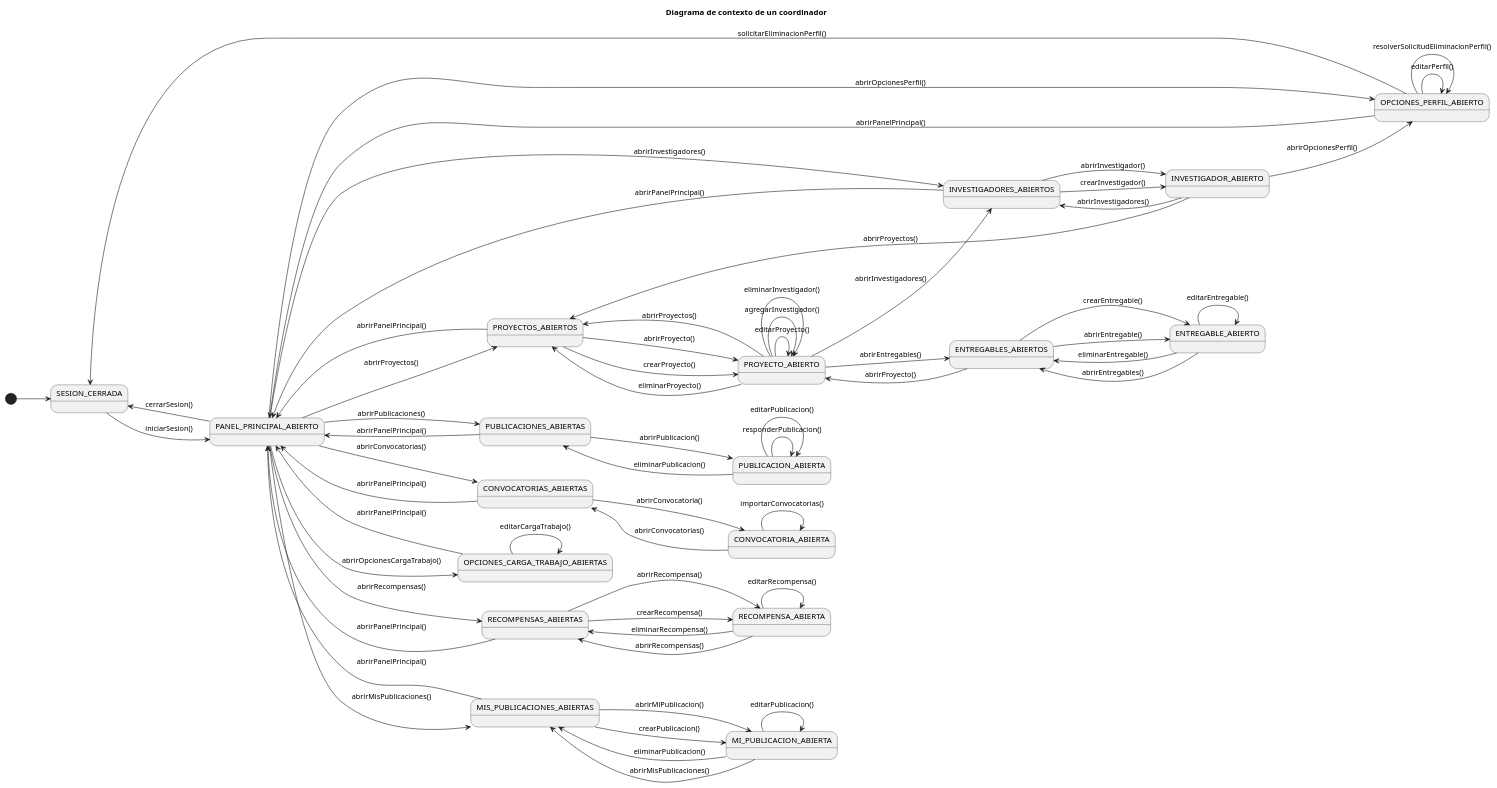
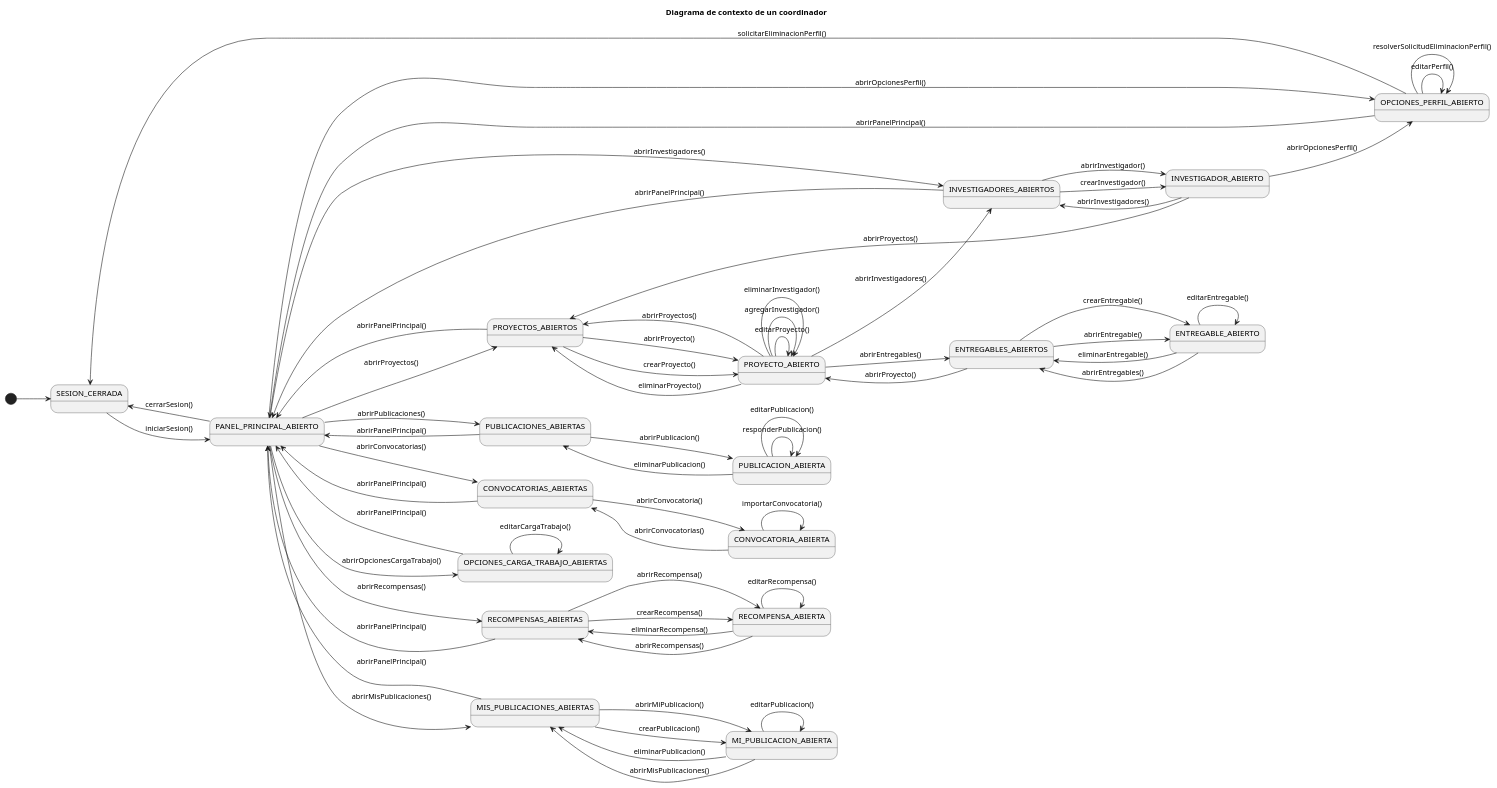
The diagram in documentación/CasosDeUso/Diagramas/DiagramaContextoCoordinador.puml (31Diego/25-26-IdSw1-SdR), drawn with PlantUML before and after one commit. The commit also changed 1 other file, not shown here.

```diff
--- a/documentación/CasosDeUso/Diagramas/DiagramaContextoCoordinador.puml
+++ b/documentación/CasosDeUso/Diagramas/DiagramaContextoCoordinador.puml
@@ -1,80 +1,80 @@
 @startuml DiagramaContextoCoordinador
 
 title Diagrama de contexto de un coordinador
 
 left to right direction
 
 [*] --> SESION_CERRADA
 SESION_CERRADA --> PANEL_PRINCIPAL_ABIERTO: iniciarSesion()
 PANEL_PRINCIPAL_ABIERTO --> SESION_CERRADA: cerrarSesion()
 
 PANEL_PRINCIPAL_ABIERTO --> OPCIONES_PERFIL_ABIERTO: abrirOpcionesPerfil()
 PANEL_PRINCIPAL_ABIERTO --> OPCIONES_CARGA_TRABAJO_ABIERTAS: abrirOpcionesCargaTrabajo()
 PANEL_PRINCIPAL_ABIERTO --> PROYECTOS_ABIERTOS: abrirProyectos()
 PANEL_PRINCIPAL_ABIERTO --> INVESTIGADORES_ABIERTOS: abrirInvestigadores()
 PANEL_PRINCIPAL_ABIERTO --> MIS_PUBLICACIONES_ABIERTAS: abrirMisPublicaciones()
 PANEL_PRINCIPAL_ABIERTO --> PUBLICACIONES_ABIERTAS: abrirPublicaciones()
 PANEL_PRINCIPAL_ABIERTO --> CONVOCATORIAS_ABIERTAS: abrirConvocatorias()
 PANEL_PRINCIPAL_ABIERTO --> RECOMPENSAS_ABIERTAS: abrirRecompensas()
 
 PUBLICACIONES_ABIERTAS --> PUBLICACION_ABIERTA: abrirPublicacion()
 PUBLICACION_ABIERTA --> PUBLICACION_ABIERTA: responderPublicacion()
 PUBLICACION_ABIERTA --> PUBLICACION_ABIERTA: editarPublicacion()
 PUBLICACION_ABIERTA --> PUBLICACIONES_ABIERTAS: eliminarPublicacion()
 PUBLICACIONES_ABIERTAS --> PANEL_PRINCIPAL_ABIERTO: abrirPanelPrincipal()
 
 MIS_PUBLICACIONES_ABIERTAS --> MI_PUBLICACION_ABIERTA: abrirMiPublicacion()
 MIS_PUBLICACIONES_ABIERTAS --> MI_PUBLICACION_ABIERTA: crearPublicacion()
 MI_PUBLICACION_ABIERTA --> MI_PUBLICACION_ABIERTA: editarPublicacion()
 MI_PUBLICACION_ABIERTA --> MIS_PUBLICACIONES_ABIERTAS: eliminarPublicacion()
 MIS_PUBLICACIONES_ABIERTAS --> PANEL_PRINCIPAL_ABIERTO: abrirPanelPrincipal()
 MI_PUBLICACION_ABIERTA --> MIS_PUBLICACIONES_ABIERTAS: abrirMisPublicaciones()
 
 OPCIONES_PERFIL_ABIERTO --> OPCIONES_PERFIL_ABIERTO: editarPerfil()
 OPCIONES_PERFIL_ABIERTO --> OPCIONES_PERFIL_ABIERTO: resolverSolicitudEliminacionPerfil()
 OPCIONES_PERFIL_ABIERTO --> SESION_CERRADA: solicitarEliminacionPerfil()
 OPCIONES_PERFIL_ABIERTO --> PANEL_PRINCIPAL_ABIERTO: abrirPanelPrincipal()
 
 OPCIONES_CARGA_TRABAJO_ABIERTAS --> OPCIONES_CARGA_TRABAJO_ABIERTAS: editarCargaTrabajo()
 OPCIONES_CARGA_TRABAJO_ABIERTAS --> PANEL_PRINCIPAL_ABIERTO: abrirPanelPrincipal()
 
 CONVOCATORIAS_ABIERTAS --> CONVOCATORIA_ABIERTA: abrirConvocatoria()
 CONVOCATORIA_ABIERTA --> CONVOCATORIAS_ABIERTAS: abrirConvocatorias()
 CONVOCATORIAS_ABIERTAS --> PANEL_PRINCIPAL_ABIERTO: abrirPanelPrincipal()
-CONVOCATORIA_ABIERTA --> CONVOCATORIA_ABIERTA: importarConvocatorias()
+CONVOCATORIA_ABIERTA --> CONVOCATORIA_ABIERTA: importarConvocatoria()
 
 RECOMPENSAS_ABIERTAS --> RECOMPENSA_ABIERTA: abrirRecompensa()
 RECOMPENSAS_ABIERTAS --> RECOMPENSA_ABIERTA: crearRecompensa()
 RECOMPENSA_ABIERTA --> RECOMPENSA_ABIERTA: editarRecompensa()
 RECOMPENSA_ABIERTA --> RECOMPENSAS_ABIERTAS: eliminarRecompensa()
 RECOMPENSA_ABIERTA --> RECOMPENSAS_ABIERTAS: abrirRecompensas()
 RECOMPENSAS_ABIERTAS --> PANEL_PRINCIPAL_ABIERTO: abrirPanelPrincipal()
 
 PROYECTOS_ABIERTOS --> PROYECTO_ABIERTO: abrirProyecto()
 PROYECTOS_ABIERTOS --> PROYECTO_ABIERTO: crearProyecto()
 PROYECTO_ABIERTO --> PROYECTO_ABIERTO: editarProyecto()
 PROYECTO_ABIERTO --> PROYECTOS_ABIERTOS: eliminarProyecto()
 PROYECTO_ABIERTO --> PROYECTO_ABIERTO: agregarInvestigador()
 PROYECTO_ABIERTO --> PROYECTO_ABIERTO: eliminarInvestigador()
 PROYECTO_ABIERTO --> ENTREGABLES_ABIERTOS: abrirEntregables()
 ENTREGABLES_ABIERTOS --> ENTREGABLE_ABIERTO: crearEntregable()
 PROYECTO_ABIERTO --> INVESTIGADORES_ABIERTOS: abrirInvestigadores()
 PROYECTO_ABIERTO --> PROYECTOS_ABIERTOS: abrirProyectos()
 PROYECTOS_ABIERTOS --> PANEL_PRINCIPAL_ABIERTO: abrirPanelPrincipal()
 
 ENTREGABLE_ABIERTO --> ENTREGABLE_ABIERTO: editarEntregable()
 ENTREGABLES_ABIERTOS --> ENTREGABLE_ABIERTO: abrirEntregable()
 ENTREGABLE_ABIERTO --> ENTREGABLES_ABIERTOS: eliminarEntregable()
 ENTREGABLES_ABIERTOS --> PROYECTO_ABIERTO: abrirProyecto()
 ENTREGABLE_ABIERTO --> ENTREGABLES_ABIERTOS: abrirEntregables()
 
 
 INVESTIGADORES_ABIERTOS --> INVESTIGADOR_ABIERTO: abrirInvestigador()
 INVESTIGADORES_ABIERTOS --> INVESTIGADOR_ABIERTO: crearInvestigador()
 INVESTIGADORES_ABIERTOS --> PANEL_PRINCIPAL_ABIERTO: abrirPanelPrincipal()
 
 INVESTIGADOR_ABIERTO --> OPCIONES_PERFIL_ABIERTO: abrirOpcionesPerfil()
 INVESTIGADOR_ABIERTO --> INVESTIGADORES_ABIERTOS: abrirInvestigadores()
 INVESTIGADOR_ABIERTO --> PROYECTOS_ABIERTOS: abrirProyectos()
 
 @enduml
```
